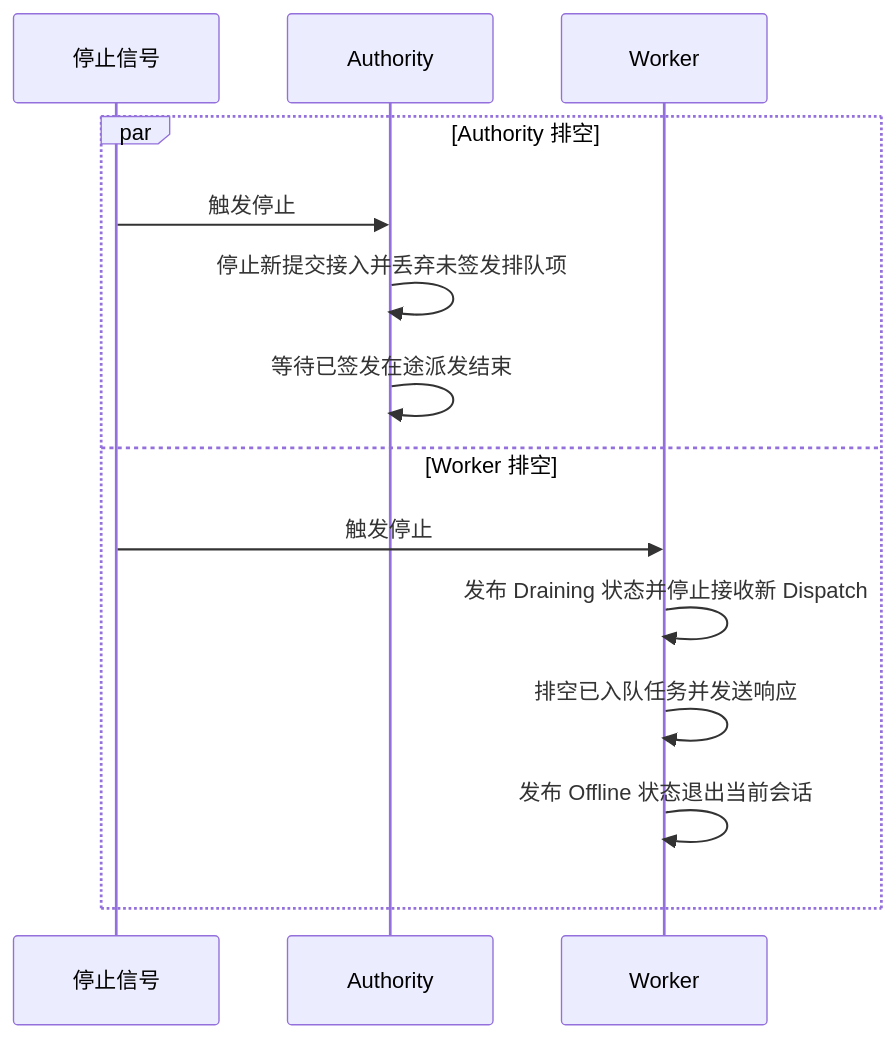
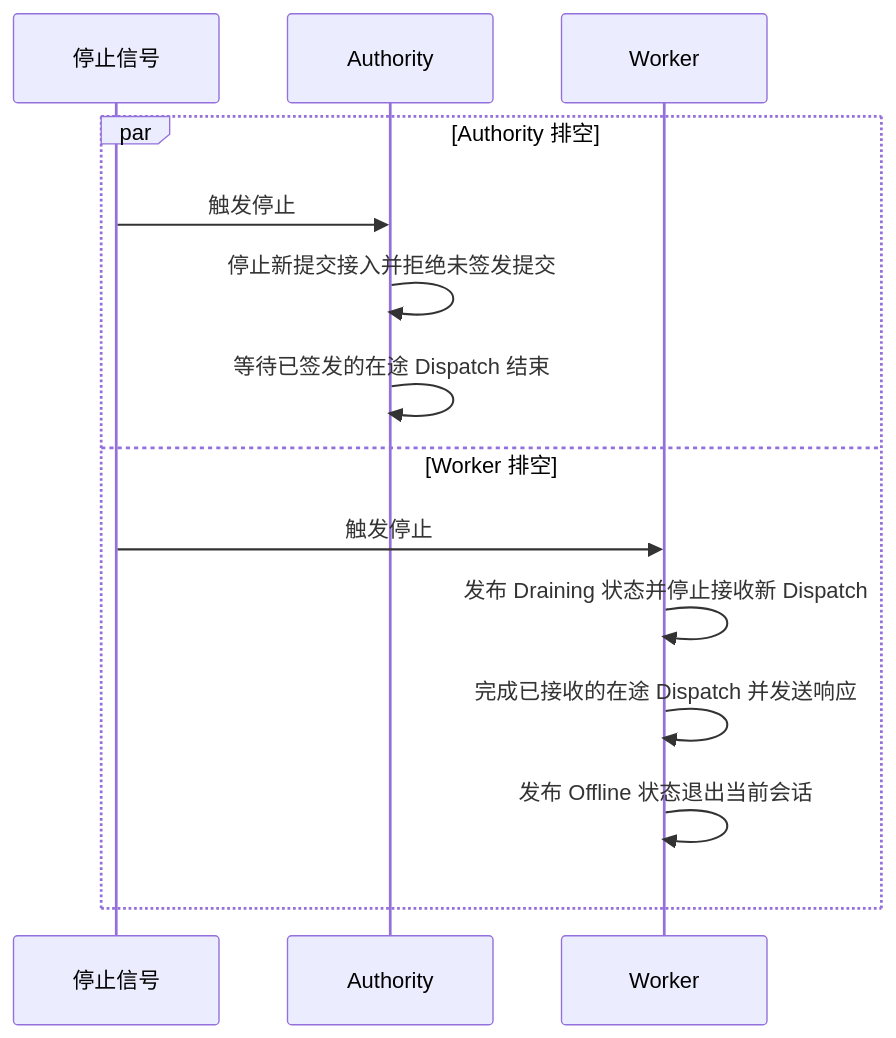
Before and after one commit to Everfold/Beamlet: the diagram in spec/04-session.md, drawn with Mermaid. The commit also changed other lines of this file and 5 other files, not shown here.

````diff
--- a/spec/04-session.md
+++ b/spec/04-session.md
@@ -22,17 +22,17 @@
 ```mermaid
 sequenceDiagram
     participant S as 停止信号
     participant A as Authority
     participant W as Worker
 
     par Authority 排空
         S->>A: 触发停止
-        A->>A: 停止新提交接入并丢弃未签发排队项
-        A->>A: 等待已签发在途派发结束
+        A->>A: 停止新提交接入并拒绝未签发提交
+        A->>A: 等待已签发的在途 Dispatch 结束
     and Worker 排空
         S->>W: 触发停止
         W->>W: 发布 Draining 状态并停止接收新 Dispatch
-        W->>W: 排空已入队任务并发送响应
+        W->>W: 完成已接收的在途 Dispatch 并发送响应
         W->>W: 发布 Offline 状态退出当前会话
     end
 ```
````
